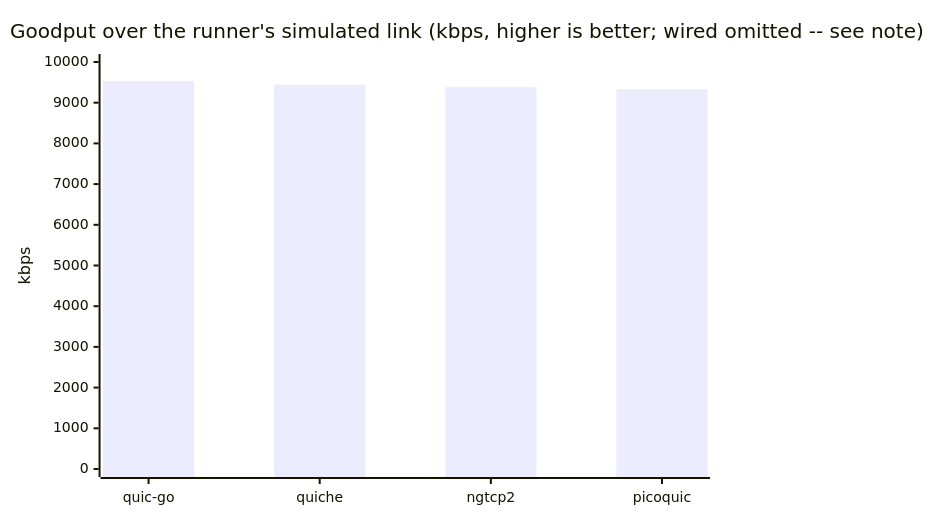
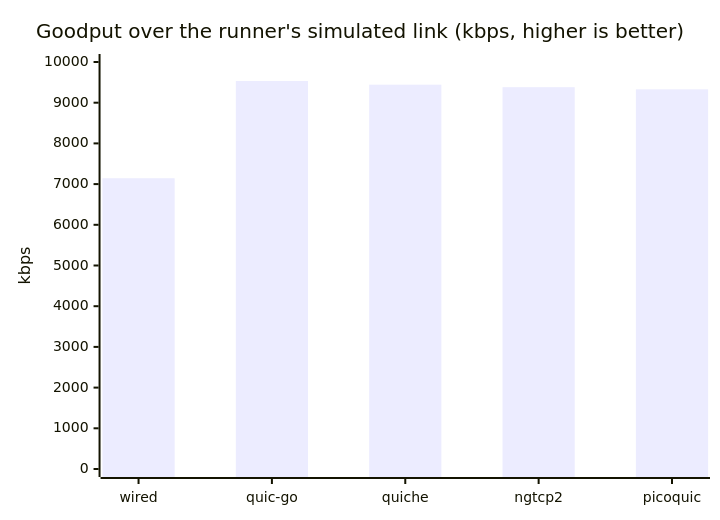
The first of 4 diagrams in docs/comparison.md (Hakkadaikon/wired), drawn with Mermaid before and after one commit. The commit also changed other lines of this file, not shown here.

First line of the commit message:
docs(comparison): record the goodput stall fix and post-fix measurement

````diff
--- a/docs/comparison.md
+++ b/docs/comparison.md
@@ -66,7 +68,7 @@
 ```mermaid
 xychart-beta
-    title "Goodput over the runner's simulated link (kbps, higher is better; wired omitted -- see note)"
-    x-axis ["quic-go", "quiche", "ngtcp2", "picoquic"]
+    title "Goodput over the runner's simulated link (kbps, higher is better)"
+    x-axis ["wired", "quic-go", "quiche", "ngtcp2", "picoquic"]
     y-axis "kbps" 0 --> 10000
-    bar [9532, 9443, 9381, 9328]
+    bar [7144, 9532, 9443, 9381, 9328]
 ```
````
